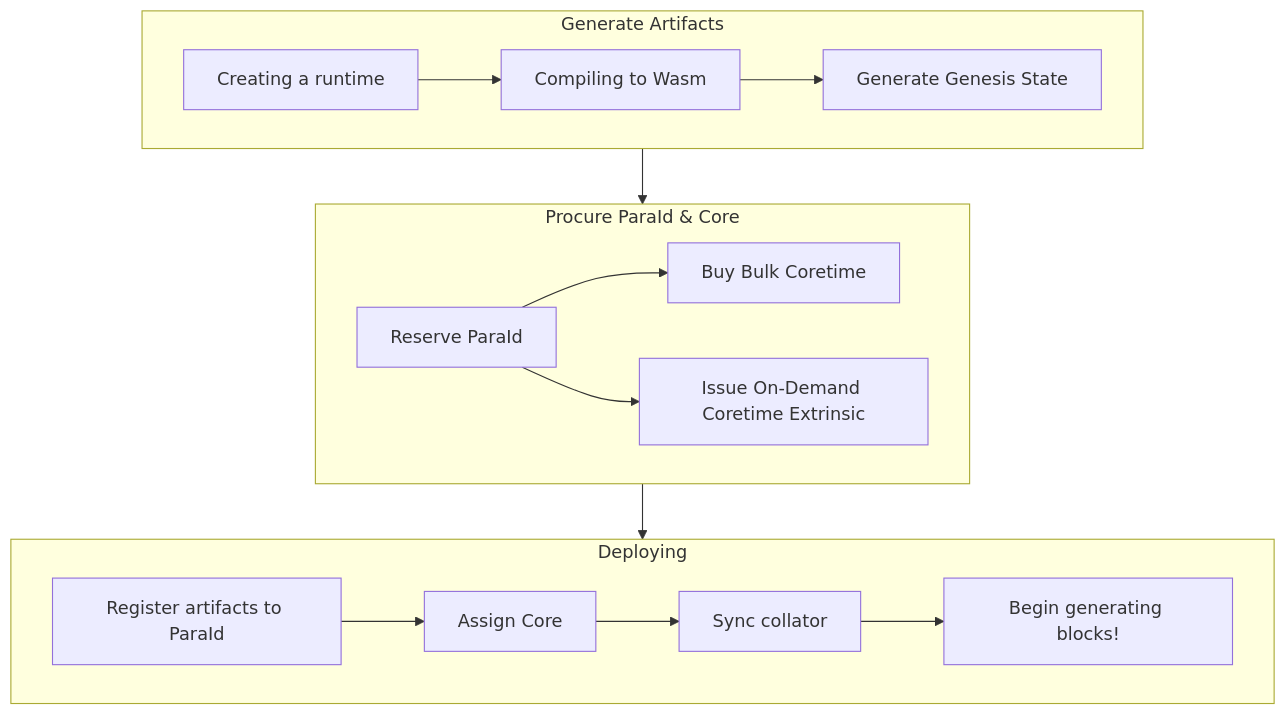
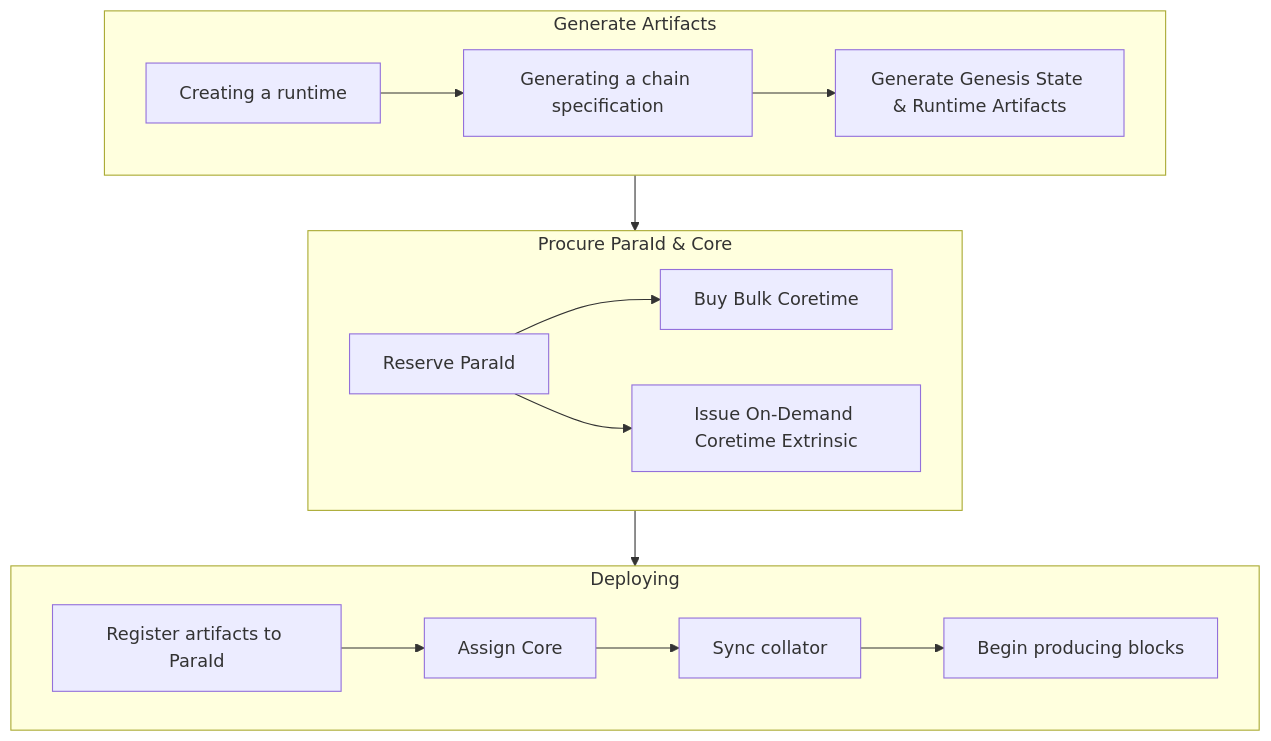
One commit to polkadot-developers/polkadot-docs changed the diagram in develop/parachain-devs/get-started/polkadot-sdk/get-started-psdk.md. Above: the diagram before and after it, drawn with Mermaid. The commit also changed other lines of this file, not shown here.

````diff
--- a/develop/parachain-devs/get-started/polkadot-sdk/get-started-psdk.md
+++ b/develop/parachain-devs/get-started/polkadot-sdk/get-started-psdk.md
@@ -49,23 +49,23 @@
 ```mermaid
 flowchart TD
     subgraph GA["Generate Artifacts"]
         direction LR
-        A["Creating a runtime"]-->B["Compiling to Wasm"]-->C["Generate Genesis State"]
+        A["Creating a runtime"]-->B["Generating a chain specification"]-->C["Generate Genesis State & Runtime Artifacts"]
     end
 
     subgraph PC["Procure ParaId & Core"]
         direction LR
         PARAID["Reserve ParaId"]
         PARAID-->D["Buy Bulk Coretime"]
         PARAID-->E["Issue On-Demand Coretime Extrinsic"]
     end
 
 
     subgraph DEP["Deploying"]
         direction LR
-        F["Register artifacts to ParaId"]-->assign["Assign Core"]-->G["Sync collator"]-->H["Begin generating blocks!"]
+        F["Register artifacts to ParaId"]-->assign["Assign Core"]-->G["Sync collator"]-->H["Begin producing blocks"]
     end
 
 GA-->PC
 PC-->DEP
 ```
````
